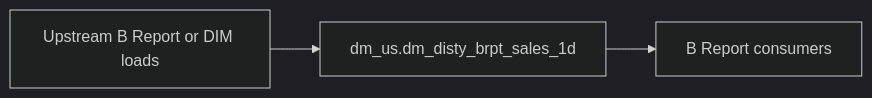
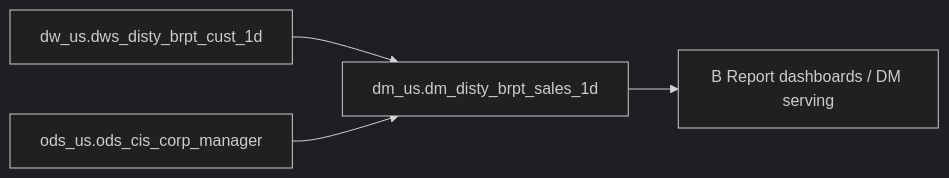
The diagram in backend/defaults/b_report/workspace/target/knowledgebase/b-report-us/dm_disty_brpt_sales_1d.md (chengduhaha/data_agent), drawn with Mermaid (dark theme) before and after one commit. The commit also changed other lines of this file and 1108 other files, not shown here.

````diff
--- a/backend/defaults/b_report/workspace/target/knowledgebase/b-report-us/dm_disty_brpt_sales_1d.md
+++ b/backend/defaults/b_report/workspace/target/knowledgebase/b-report-us/dm_disty_brpt_sales_1d.md
@@ -153,8 +267,10 @@
 ```mermaid
 flowchart LR
-  upstream[Upstream B Report or DIM loads]
-  tgt["dm_us.dm_disty_brpt_sales_1d"]
-  brpt[B Report consumers]
-  upstream --> tgt
-  tgt --> brpt
+  dm_us_dm_disty_brpt_sales_1d["dm_us.dm_disty_brpt_sales_1d"]
+  src0["dw_us.dws_disty_brpt_cust_1d"]
+  src0 --> dm_us_dm_disty_brpt_sales_1d
+  src1["ods_us.ods_cis_corp_manager"]
+  src1 --> dm_us_dm_disty_brpt_sales_1d
+  consumers["B Report dashboards / DM serving"]
+  dm_us_dm_disty_brpt_sales_1d --> consumers
 ```
````
